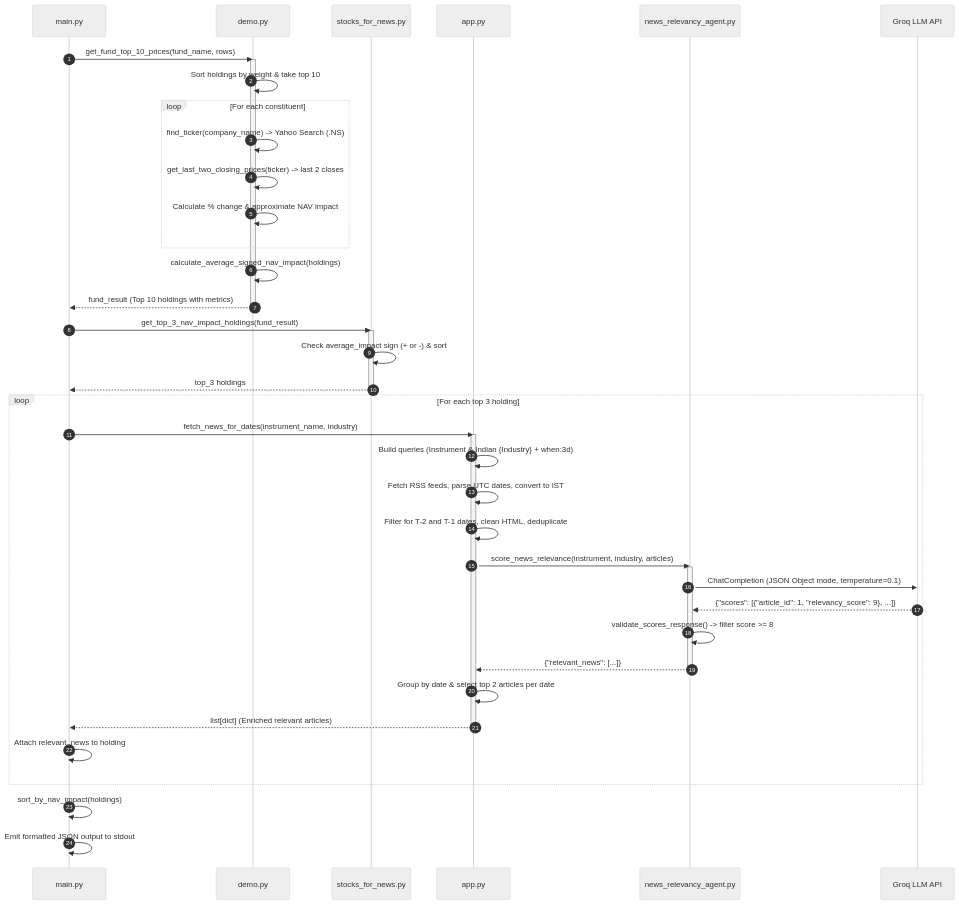
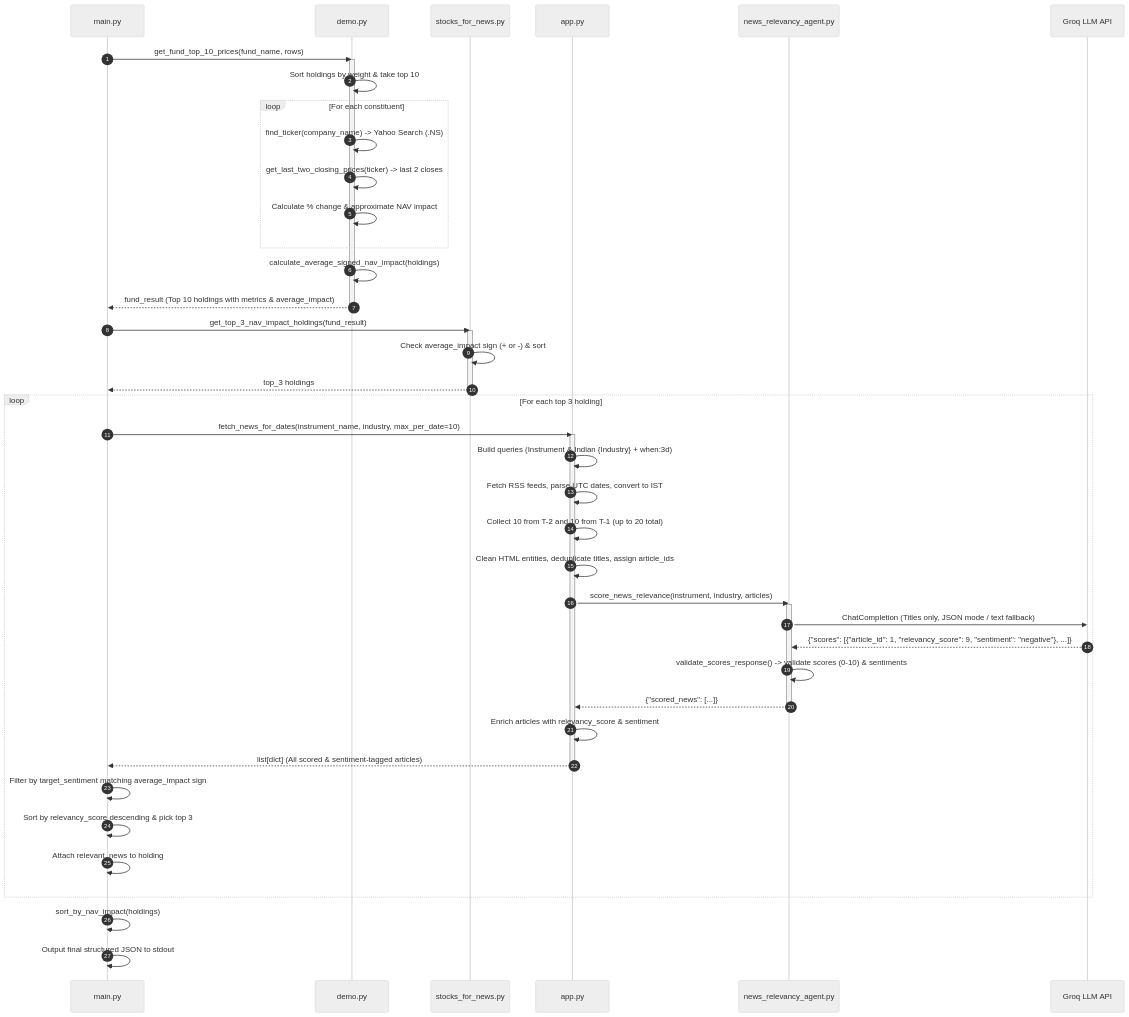
The second of 2 diagrams in PROJECT_DOCUMENTATION.md (Geetesh-Jangir/one_week_summary), drawn with Mermaid (neutral theme) before and after one commit. The commit also changed other lines of this file and 5 other files, not shown here.

Commit message:
took top 3 news based on top relevancy and sentiment

````diff
--- a/PROJECT_DOCUMENTATION.md
+++ b/PROJECT_DOCUMENTATION.md
@@ -63,50 +71,53 @@
 ```mermaid
 sequenceDiagram
     autonumber
     participant Main as main.py
     participant Demo as demo.py
     participant Filter as stocks_for_news.py
     participant RSS as app.py
     participant Agent as news_relevancy_agent.py
     participant Groq as Groq LLM API
 
     Main->>Demo: get_fund_top_10_prices(fund_name, rows)
     activate Demo
     Demo->>Demo: Sort holdings by weight & take top 10
     loop For each constituent
         Demo->>Demo: find_ticker(company_name) -> Yahoo Search (.NS)
         Demo->>Demo: get_last_two_closing_prices(ticker) -> last 2 closes
         Demo->>Demo: Calculate % change & approximate NAV impact
     end
     Demo->>Demo: calculate_average_signed_nav_impact(holdings)
-    Demo-->>Main: fund_result (Top 10 holdings with metrics)
+    Demo-->>Main: fund_result (Top 10 holdings with metrics & average_impact)
     deactivate Demo
 
     Main->>Filter: get_top_3_nav_impact_holdings(fund_result)
     activate Filter
     Filter->>Filter: Check average_impact sign (+ or -) & sort
     Filter-->>Main: top_3 holdings
     deactivate Filter
 
     loop For each top 3 holding
-        Main->>RSS: fetch_news_for_dates(instrument_name, industry)
+        Main->>RSS: fetch_news_for_dates(instrument_name, industry, max_per_date=10)
         activate RSS
         RSS->>RSS: Build queries (Instrument & Indian {Industry} + when:3d)
         RSS->>RSS: Fetch RSS feeds, parse UTC dates, convert to IST
-        RSS->>RSS: Filter for T-2 and T-1 dates, clean HTML, deduplicate
+        RSS->>RSS: Collect 10 from T-2 and 10 from T-1 (up to 20 total)
+        RSS->>RSS: Clean HTML entities, deduplicate titles, assign article_ids
         RSS->>Agent: score_news_relevance(instrument, industry, articles)
         activate Agent
-        Agent->>Groq: ChatCompletion (JSON Object mode, temperature=0.1)
-        Groq-->>Agent: {"scores": [{"article_id": 1, "relevancy_score": 9}, ...]}
-        Agent->>Agent: validate_scores_response() -> filter score >= 8
-        Agent-->>RSS: {"relevant_news": [...]}
+        Agent->>Groq: ChatCompletion (Titles only, JSON mode / text fallback)
+        Groq-->>Agent: {"scores": [{"article_id": 1, "relevancy_score": 9, "sentiment": "negative"}, ...]}
+        Agent->>Agent: validate_scores_response() -> validate scores (0-10) & sentiments
+        Agent-->>RSS: {"scored_news": [...]}
         deactivate Agent
-        RSS->>RSS: Group by date & select top 2 articles per date
-        RSS-->>Main: list[dict] (Enriched relevant articles)
+        RSS->>RSS: Enrich articles with relevancy_score & sentiment
+        RSS-->>Main: list[dict] (All scored & sentiment-tagged articles)
         deactivate RSS
+        Main->>Main: Filter by target_sentiment matching average_impact sign
+        Main->>Main: Sort by relevancy_score descending & pick top 3
         Main->>Main: Attach relevant_news to holding
     end
 
     Main->>Main: sort_by_nav_impact(holdings)
-    Main->>Main: Emit formatted JSON output to stdout
+    Main->>Main: Output final structured JSON to stdout
 ```
````
